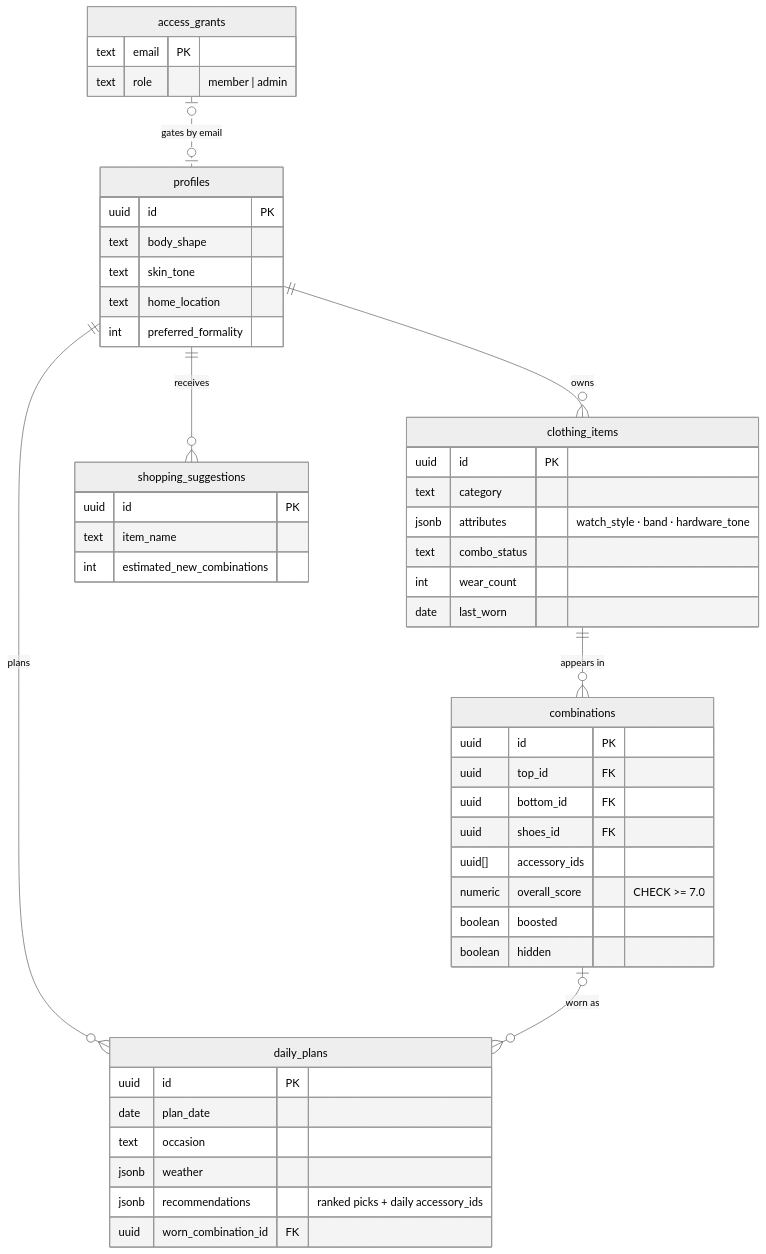
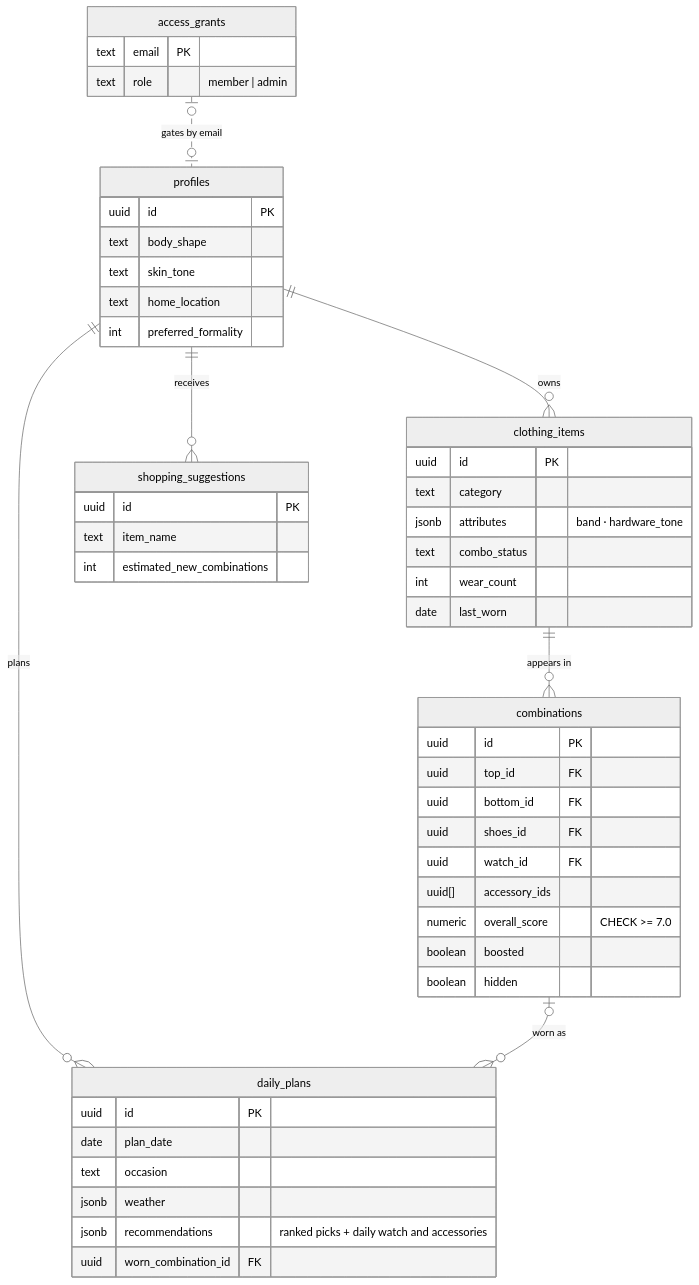
Before and after one commit to roldanalex/fashion-helper-app: the fourth of 4 diagrams in README.md, drawn with Mermaid (neutral theme). The commit also changed other lines of this file and 32 other files, not shown here.

````diff
--- a/README.md
+++ b/README.md
@@ -247,52 +251,53 @@
 ```mermaid
 erDiagram
     profiles ||--o{ clothing_items : owns
     profiles ||--o{ daily_plans : plans
     profiles ||--o{ shopping_suggestions : receives
     clothing_items ||--o{ combinations : "appears in"
     combinations |o--o{ daily_plans : "worn as"
     access_grants |o..o| profiles : "gates by email"
 
     profiles {
         uuid id PK
         text body_shape
         text skin_tone
         text home_location
         int preferred_formality
     }
     clothing_items {
         uuid id PK
         text category
-        jsonb attributes "watch_style · band · hardware_tone"
+        jsonb attributes "band · hardware_tone"
         text combo_status
         int wear_count
         date last_worn
     }
     combinations {
         uuid id PK
         uuid top_id FK
         uuid bottom_id FK
         uuid shoes_id FK
+        uuid watch_id FK
         uuid[] accessory_ids
         numeric overall_score "CHECK >= 7.0"
         boolean boosted
         boolean hidden
     }
     daily_plans {
         uuid id PK
         date plan_date
         text occasion
         jsonb weather
-        jsonb recommendations "ranked picks + daily accessory_ids"
+        jsonb recommendations "ranked picks + daily watch and accessories"
         uuid worn_combination_id FK
     }
     shopping_suggestions {
         uuid id PK
         text item_name
         int estimated_new_combinations
     }
     access_grants {
         text email PK
         text role "member | admin"
     }
 ```
````
